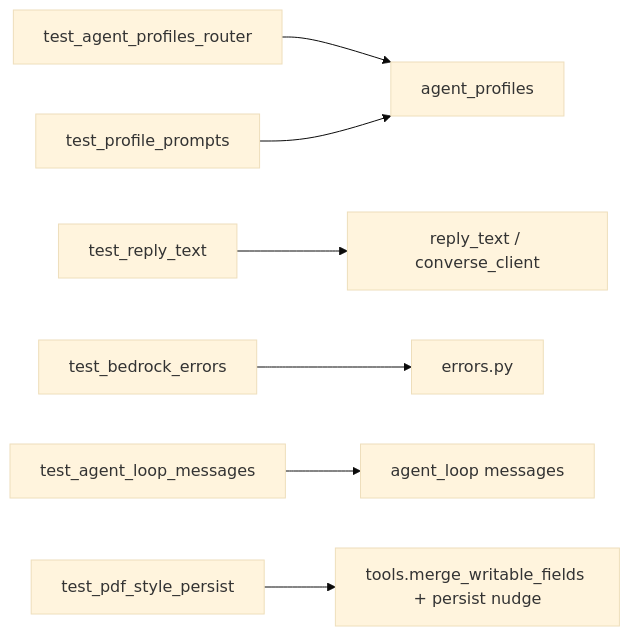
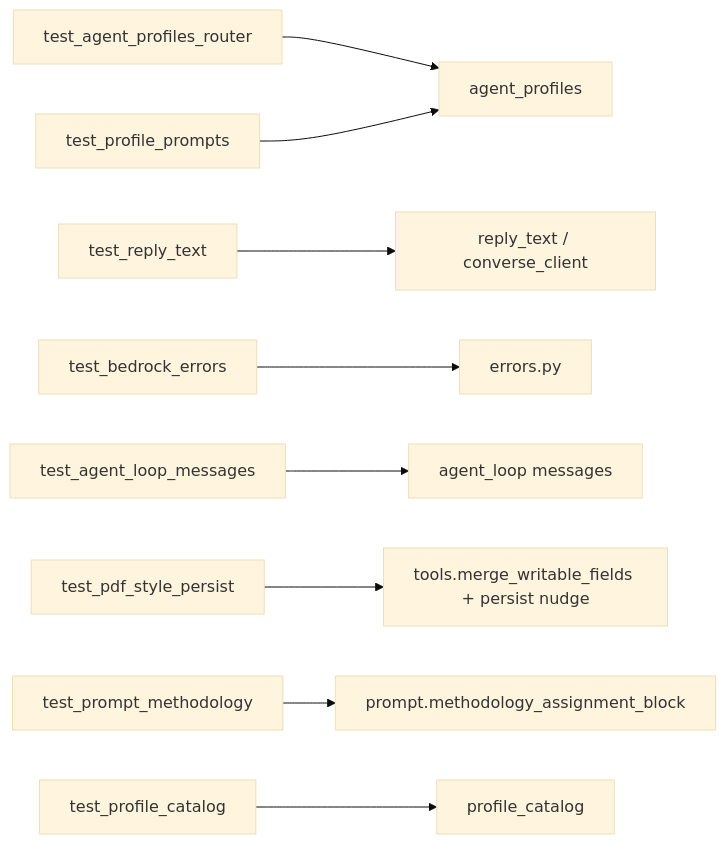
Before and after one commit to cjhirashi/cjhirashi-career: the diagram in cjhirashi-career-api/tests/unit/bedrock/README.md, drawn with Mermaid (base theme). The commit also changed other lines of this file and 208 other files, not shown here.

````diff
--- a/cjhirashi-career-api/tests/unit/bedrock/README.md
+++ b/cjhirashi-career-api/tests/unit/bedrock/README.md
@@ -7,9 +7,11 @@
 ```mermaid
 flowchart LR
     T1[test_agent_profiles_router] --> Profiles[agent_profiles]
     T2[test_profile_prompts] --> Profiles
     T3[test_reply_text] --> Reply[reply_text / converse_client]
     T4[test_bedrock_errors] --> Errors[errors.py]
     T5[test_agent_loop_messages] --> Loop[agent_loop messages]
     T6[test_pdf_style_persist] --> Tools[tools.merge_writable_fields + persist nudge]
+    T7[test_prompt_methodology] --> Prompt[prompt.methodology_assignment_block]
+    T8[test_profile_catalog] --> Catalog[profile_catalog]
 ```
````
